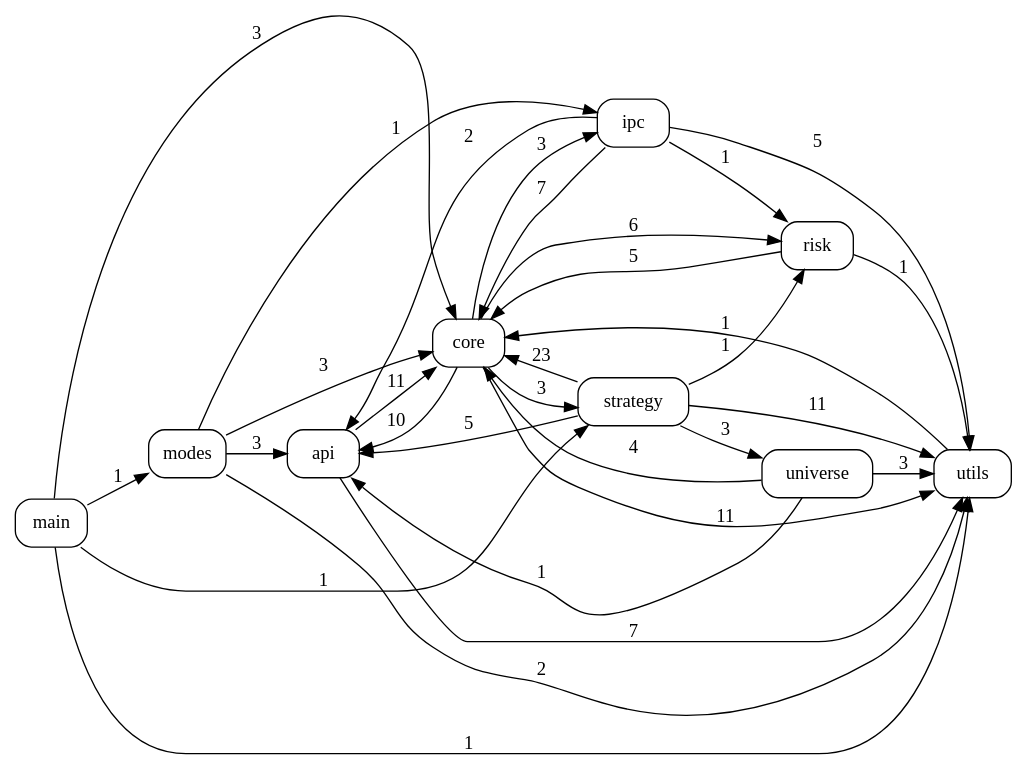
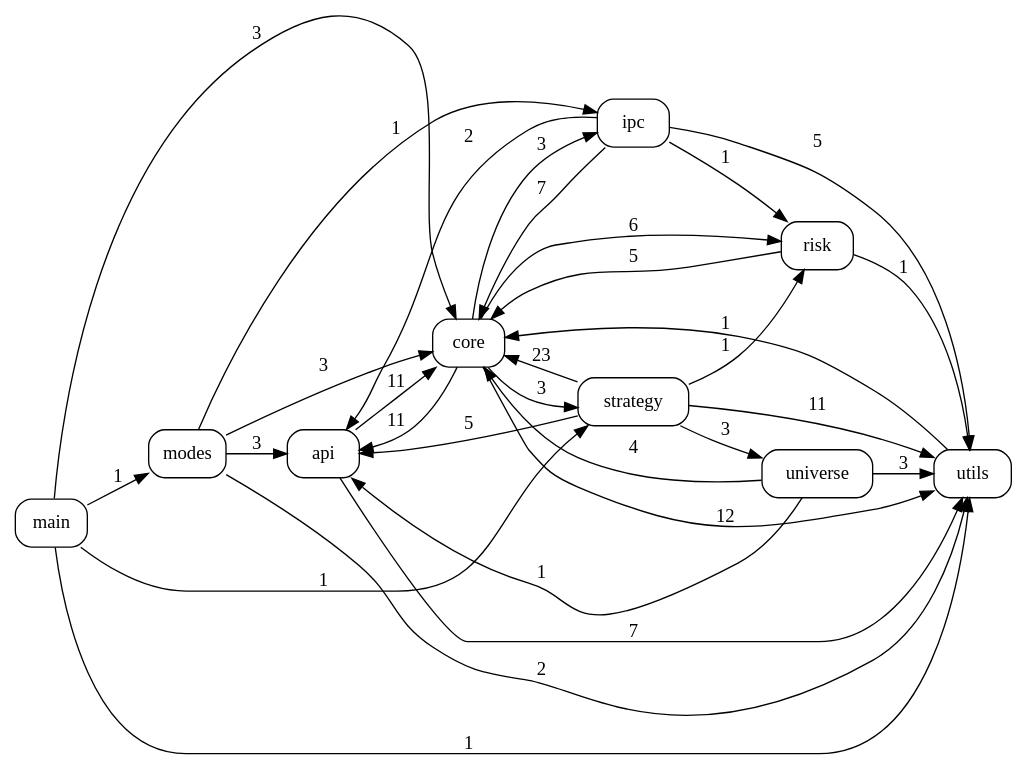
The diagram in docs/code_graph.dot (pypy8171/Quant), drawn with Graphviz before and after one commit. The commit also changed 15 other files, not shown here.

```diff
--- a/docs/code_graph.dot
+++ b/docs/code_graph.dot
@@ -1,43 +1,43 @@
 digraph code_graph {
   rankdir=LR;
   node [shape=box, style=rounded, fontname="Consolas"];
   "api";
   "core";
   "ipc";
   "main";
   "modes";
   "risk";
   "strategy";
   "universe";
   "utils";
   "api" -> "core" [label="11"];
   "api" -> "utils" [label="7"];
-  "core" -> "api" [label="10"];
+  "core" -> "api" [label="11"];
   "core" -> "ipc" [label="3"];
   "core" -> "risk" [label="6"];
   "core" -> "strategy" [label="3"];
-  "core" -> "utils" [label="11"];
+  "core" -> "utils" [label="12"];
   "ipc" -> "api" [label="2"];
   "ipc" -> "core" [label="7"];
   "ipc" -> "risk" [label="1"];
   "ipc" -> "utils" [label="5"];
   "main" -> "core" [label="3"];
   "main" -> "modes" [label="1"];
   "main" -> "strategy" [label="1"];
   "main" -> "utils" [label="1"];
   "modes" -> "api" [label="3"];
   "modes" -> "core" [label="3"];
   "modes" -> "ipc" [label="1"];
   "modes" -> "utils" [label="2"];
   "risk" -> "core" [label="5"];
   "risk" -> "utils" [label="1"];
   "strategy" -> "api" [label="5"];
   "strategy" -> "core" [label="23"];
   "strategy" -> "risk" [label="1"];
   "strategy" -> "universe" [label="3"];
   "strategy" -> "utils" [label="11"];
   "universe" -> "api" [label="1"];
   "universe" -> "core" [label="4"];
   "universe" -> "utils" [label="3"];
   "utils" -> "core" [label="1"];
 }
```
